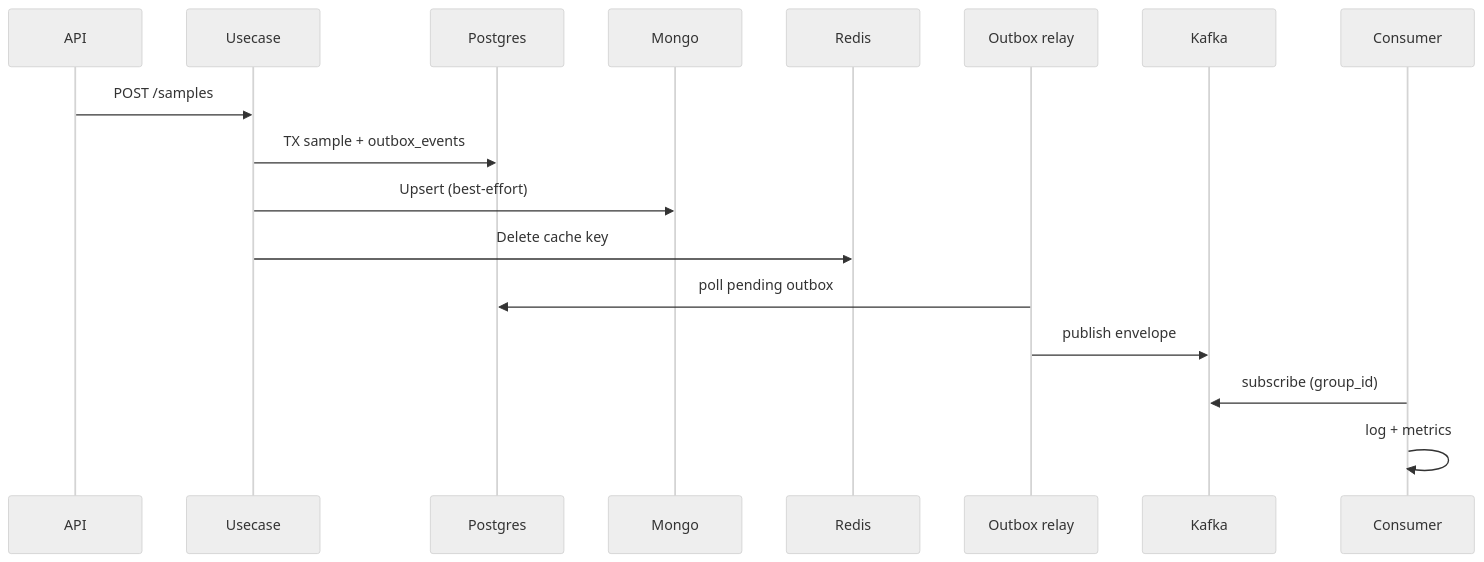
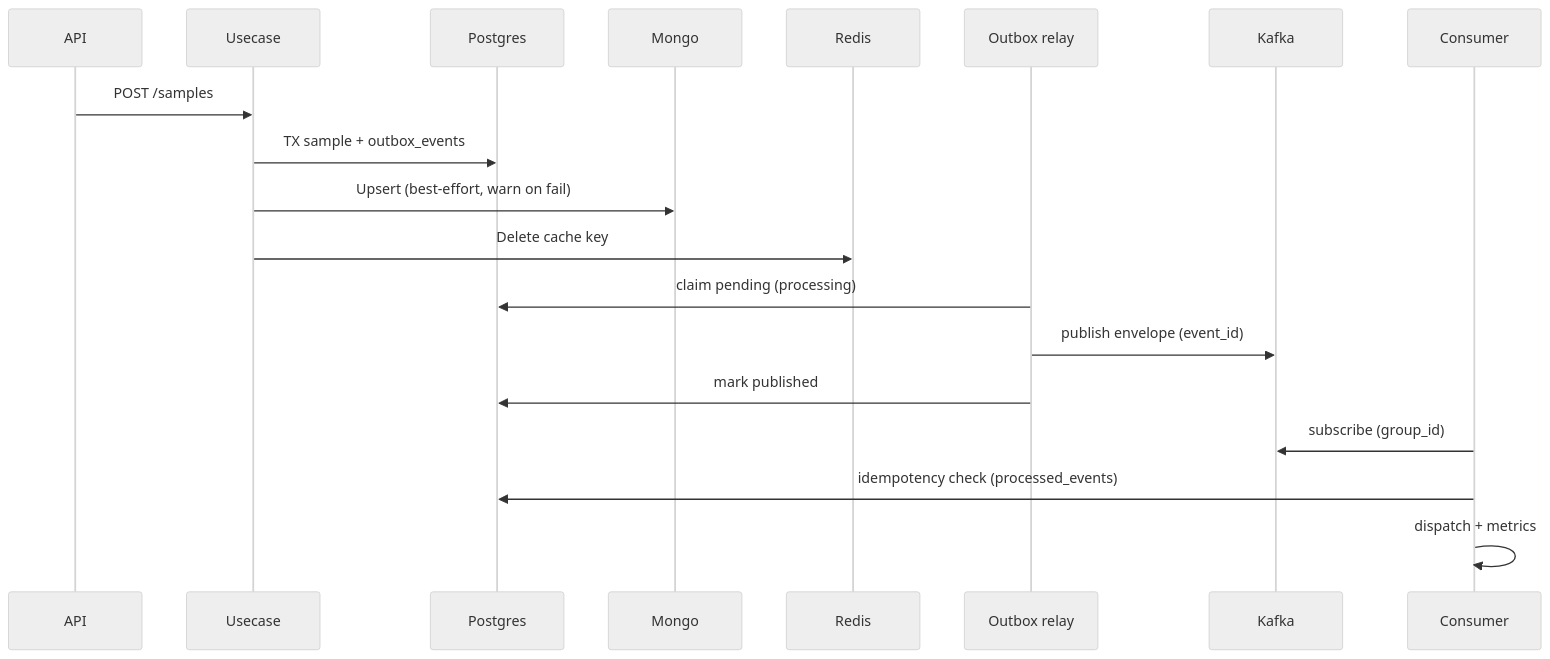
One commit to VH288/clean-template changed the diagram in README.md. Above: the diagram before and after it, drawn with Mermaid (neutral theme). The commit also changed other lines of this file and 55 other files, not shown here.

````diff
--- a/README.md
+++ b/README.md
@@ -46,20 +61,22 @@
 ```mermaid
 sequenceDiagram
     participant API
     participant UC as Usecase
     participant PG as Postgres
     participant MG as Mongo
     participant RD as Redis
     participant OB as Outbox relay
     participant KF as Kafka
     participant CN as Consumer
 
     API->>UC: POST /samples
     UC->>PG: TX sample + outbox_events
-    UC->>MG: Upsert (best-effort)
+    UC->>MG: Upsert (best-effort, warn on fail)
     UC->>RD: Delete cache key
-    OB->>PG: poll pending outbox
-    OB->>KF: publish envelope
+    OB->>PG: claim pending (processing)
+    OB->>KF: publish envelope (event_id)
+    OB->>PG: mark published
     CN->>KF: subscribe (group_id)
-    CN->>CN: log + metrics
+    CN->>PG: idempotency check (processed_events)
+    CN->>CN: dispatch + metrics
 ```
````
